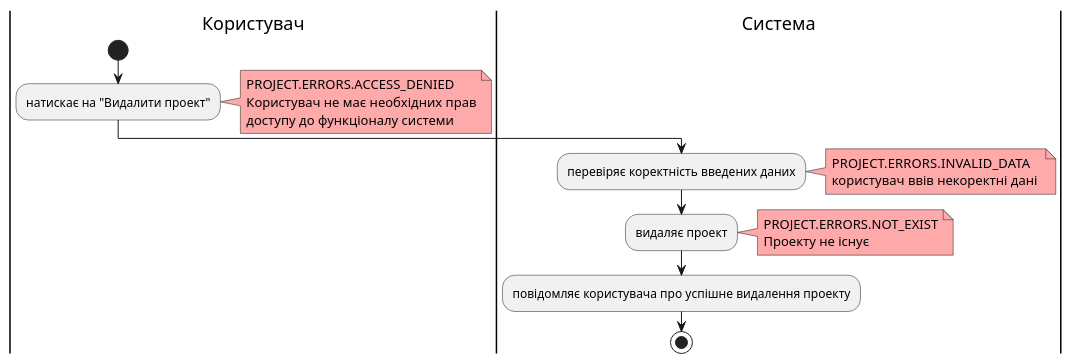
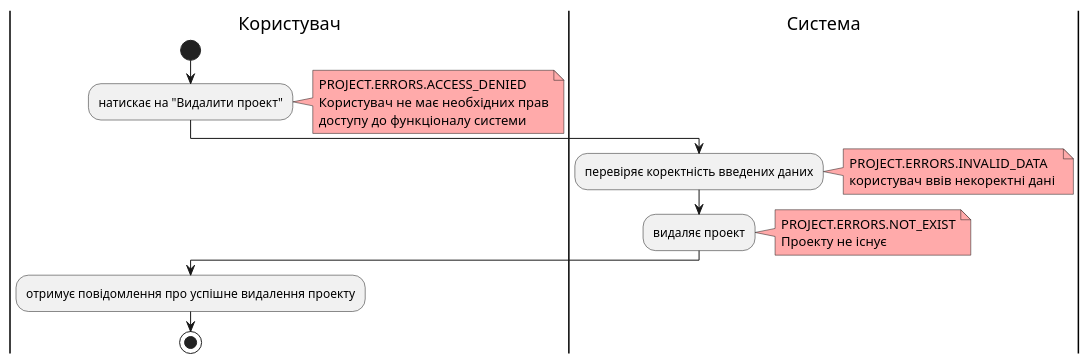
The eighth of 23 diagrams in docs/use cases/README.md (yarikkot04/Sup), drawn with PlantUML before and after one commit. The commit also changed other lines of this file and 1 other file, not shown here.

```diff
--- a/docs/use cases/README.md
+++ b/docs/use cases/README.md
@@ -315,24 +317,25 @@
 @startuml
 
     |Користувач|
      start
       :натискає на "Видалити проект";
        note right #ffaaaa
        PROJECT.ERRORS.ACCESS_DENIED
        Користувач не має необхідних прав
        доступу до функціоналу системи 
        end note
-     |Система|
+    |Система|
       :перевіряє коректність введених даних;
        note right #ffaaaa
        PROJECT.ERRORS.INVALID_DATA 
        користувач ввів некоректні дані 
        end note
       :видаляє проект;
        note right #ffaaaa
        PROJECT.ERRORS.NOT_EXIST
        Проекту не існує
        end note
-      :повідомляє користувача про успішне видалення проекту;
+    |Користувач|
+      :отримує повідомлення про успішне видалення проекту;
      stop;
 @enduml
```
